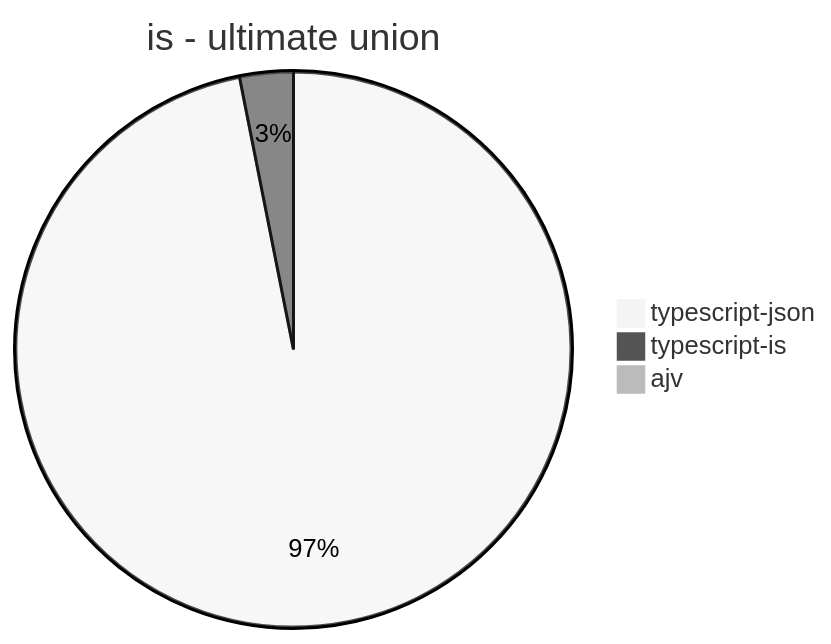
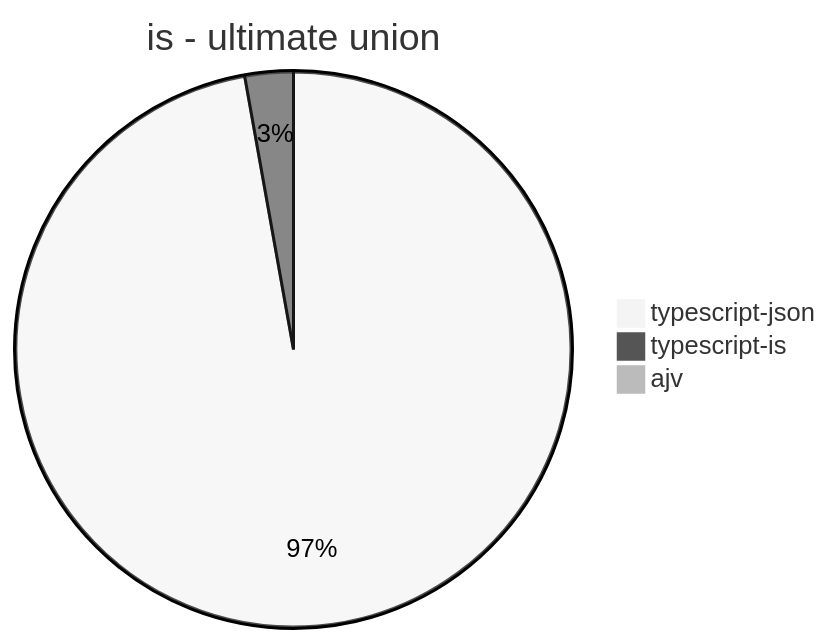
Diagram 14 of 30 in benchmark/results/Intel(R) Core(TM) i7-6700 CPU @ 3.40GHz.md (neklan1205/typescript-json), drawn with Mermaid (neutral theme) before and after one commit. The commit also changed other lines of this file, not shown here.

````diff
--- a/benchmark/results/Intel(R) Core(TM) i7-6700 CPU @ 3.40GHz.md
+++ b/benchmark/results/Intel(R) Core(TM) i7-6700 CPU @ 3.40GHz.md
@@ -133,6 +133,6 @@
 ```mermaid
 pie title is - ultimate union
-  "typescript-json": 6509.76778474014
-  "typescript-is": 209.19582341088113
+  "typescript-json": 7112.133734034561
+  "typescript-is": 205.9504721182968
   "ajv": 0
 ```
````
